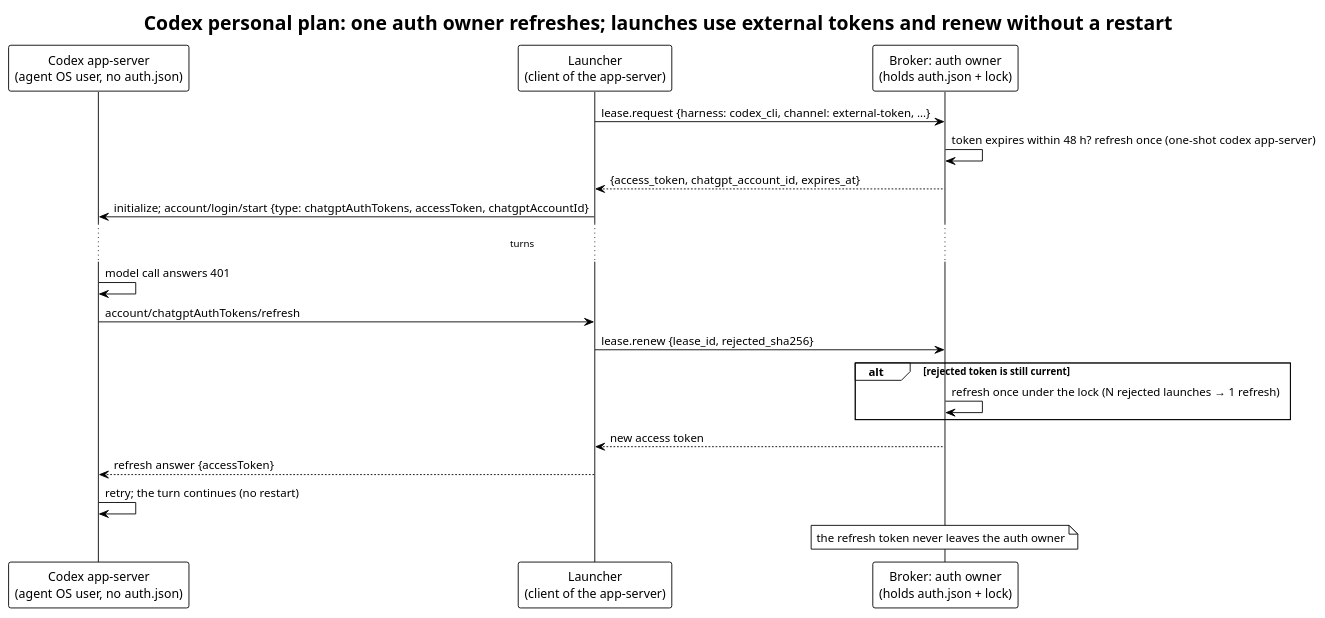
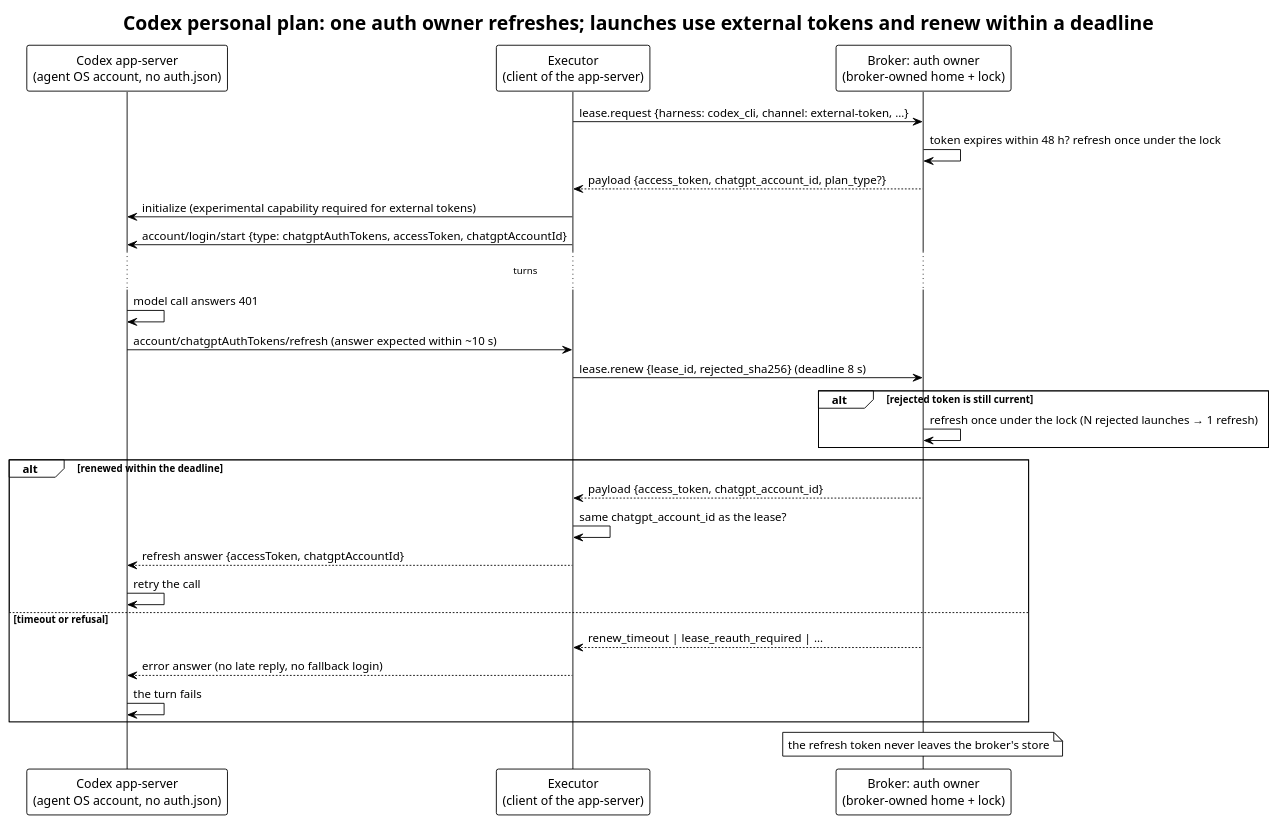
One commit to relux-works/curator-credential-broker changed the diagram in diagrams/codex-renewal.puml. Above: the diagram before and after it, drawn with PlantUML. The commit also changed 5 other files, not shown here.

First line of the commit message:
Revise the broker specification after the architecture review (v0.2)

```diff
--- a/diagrams/codex-renewal.puml
+++ b/diagrams/codex-renewal.puml
@@ -1,24 +1,32 @@
 @startuml codex-renewal
 !theme plain
-title Codex personal plan: one auth owner refreshes; launches use external tokens and renew without a restart
+title Codex personal plan: one auth owner refreshes; launches use external tokens and renew within a deadline
 
-participant "Codex app-server\n(agent OS user, no auth.json)" as A
-participant "Launcher\n(client of the app-server)" as L
-participant "Broker: auth owner\n(holds auth.json + lock)" as O
+participant "Codex app-server\n(agent OS account, no auth.json)" as A
+participant "Executor\n(client of the app-server)" as E
+participant "Broker: auth owner\n(broker-owned home + lock)" as O
 
-L -> O: lease.request {harness: codex_cli, channel: external-token, …}
-O -> O: token expires within 48 h? refresh once (one-shot codex app-server)
-O --> L: {access_token, chatgpt_account_id, expires_at}
-L -> A: initialize; account/login/start {type: chatgptAuthTokens, accessToken, chatgptAccountId}
+E -> O: lease.request {harness: codex_cli, channel: external-token, …}
+O -> O: token expires within 48 h? refresh once under the lock
+O --> E: payload {access_token, chatgpt_account_id, plan_type?}
+E -> A: initialize (experimental capability required for external tokens)
+E -> A: account/login/start {type: chatgptAuthTokens, accessToken, chatgptAccountId}
 ... turns ...
 A -> A: model call answers 401
-A -> L: account/chatgptAuthTokens/refresh
-L -> O: lease.renew {lease_id, rejected_sha256}
+A -> E: account/chatgptAuthTokens/refresh (answer expected within ~10 s)
+E -> O: lease.renew {lease_id, rejected_sha256} (deadline 8 s)
 alt rejected token is still current
   O -> O: refresh once under the lock (N rejected launches → 1 refresh)
 end
-O --> L: new access token
-L --> A: refresh answer {accessToken}
-A -> A: retry; the turn continues (no restart)
-note over O: the refresh token never leaves the auth owner
+alt renewed within the deadline
+  O --> E: payload {access_token, chatgpt_account_id}
+  E -> E: same chatgpt_account_id as the lease?
+  E --> A: refresh answer {accessToken, chatgptAccountId}
+  A -> A: retry the call
+else timeout or refusal
+  O --> E: renew_timeout | lease_reauth_required | …
+  E --> A: error answer (no late reply, no fallback login)
+  A -> A: the turn fails
+end
+note over O: the refresh token never leaves the broker's store
 @enduml
```
